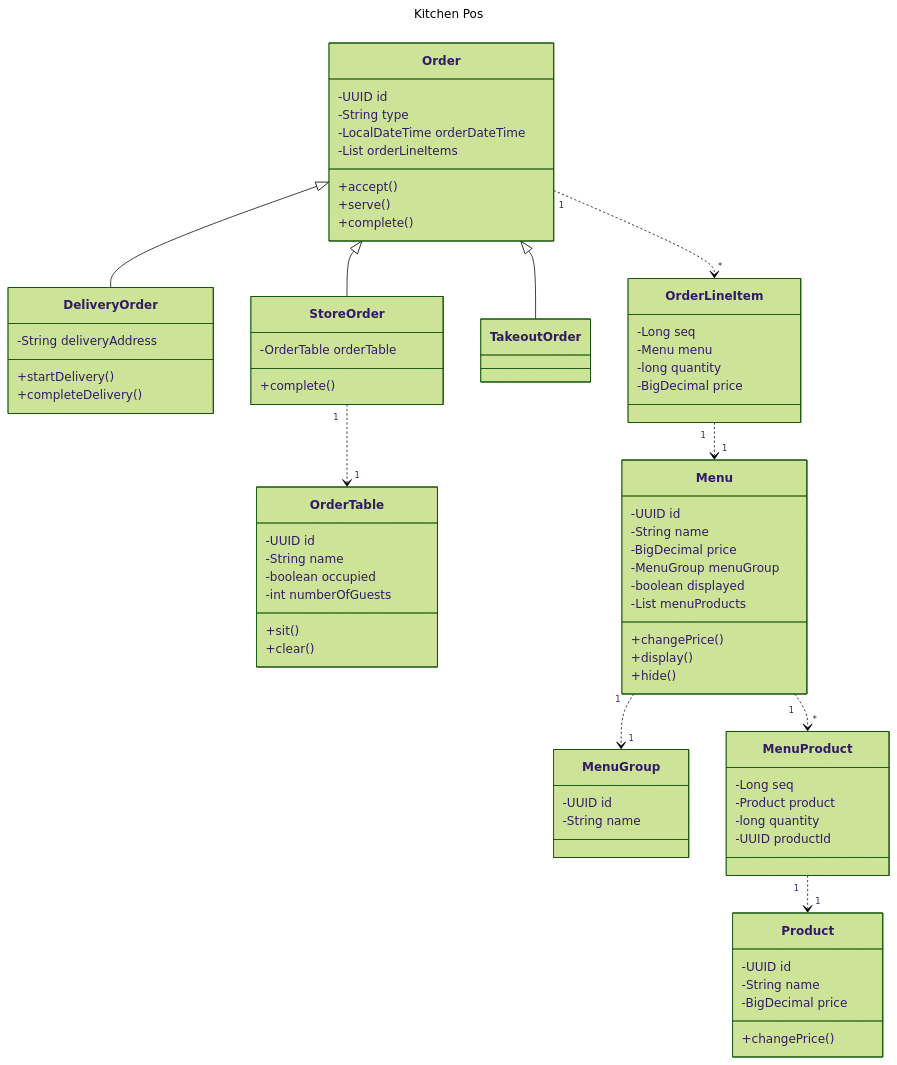
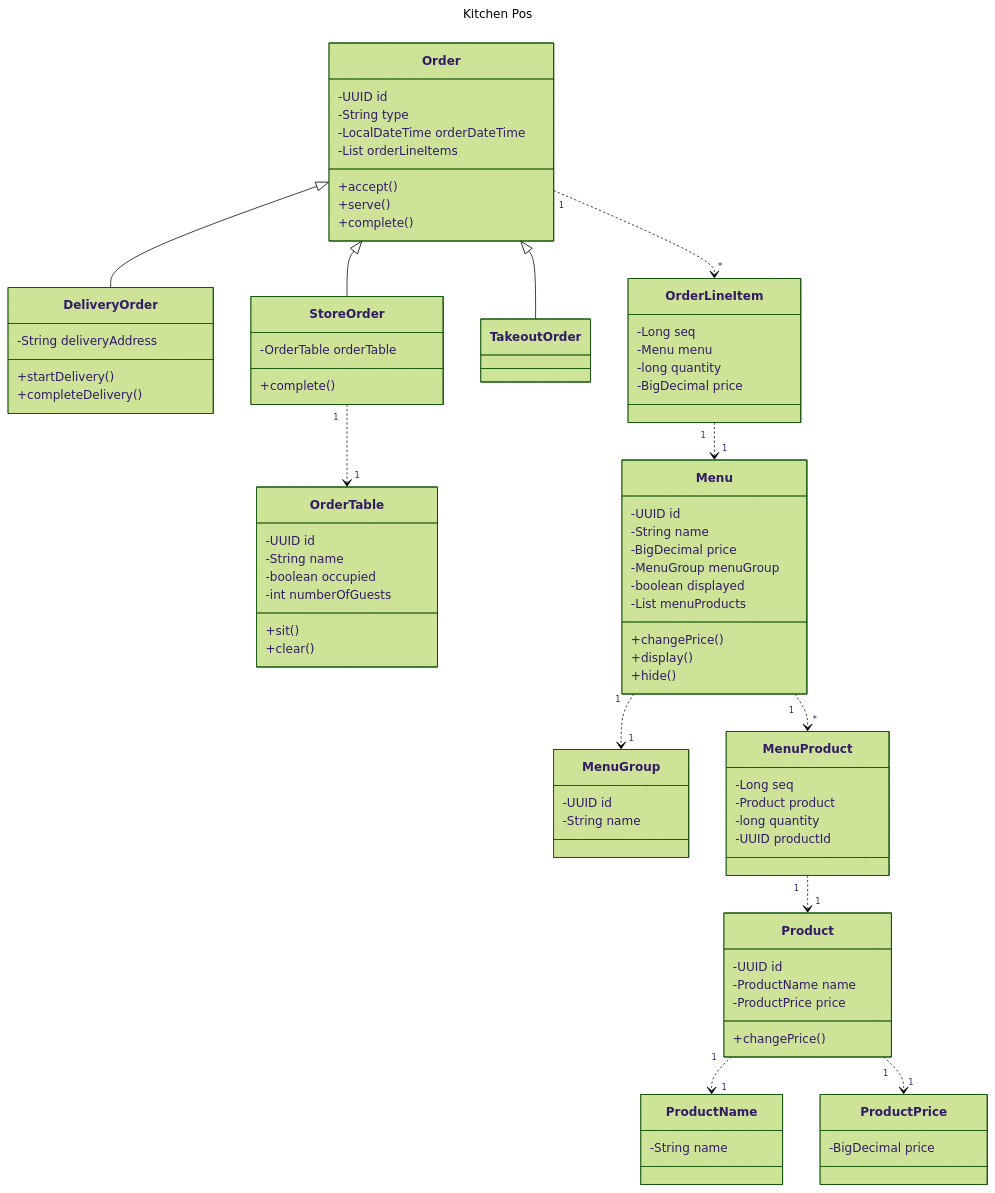
One commit to next-step/ddd-tactical-design changed the fourth of 4 diagrams in README.md. Above: the diagram before and after it, drawn with Mermaid (forest theme).

Commit message:
docs(kitchenpos-product): 모델링 클래스 다이어그램 수정

````diff
--- a/README.md
+++ b/README.md
@@ -382,6 +382,8 @@
   OrderLineItem "1" ..> "1" Menu
   Menu "1" ..> "*" MenuProduct
   MenuProduct "1" ..> "1" Product
+  Product "1" ..> "1" ProductName
+  Product "1" ..> "1" ProductPrice
 
   class OrderLineItem {
     -Long seq
@@ -428,9 +430,17 @@
 
   class Product {
     -UUID id
-    -String name
-    -BigDecimal price
+    -ProductName name
+    -ProductPrice price
     
     +changePrice()
   }
+
+    class ProductName {
+        -String name
+    }
+
+    class ProductPrice {
+        -BigDecimal price
+    }
 ```
````
